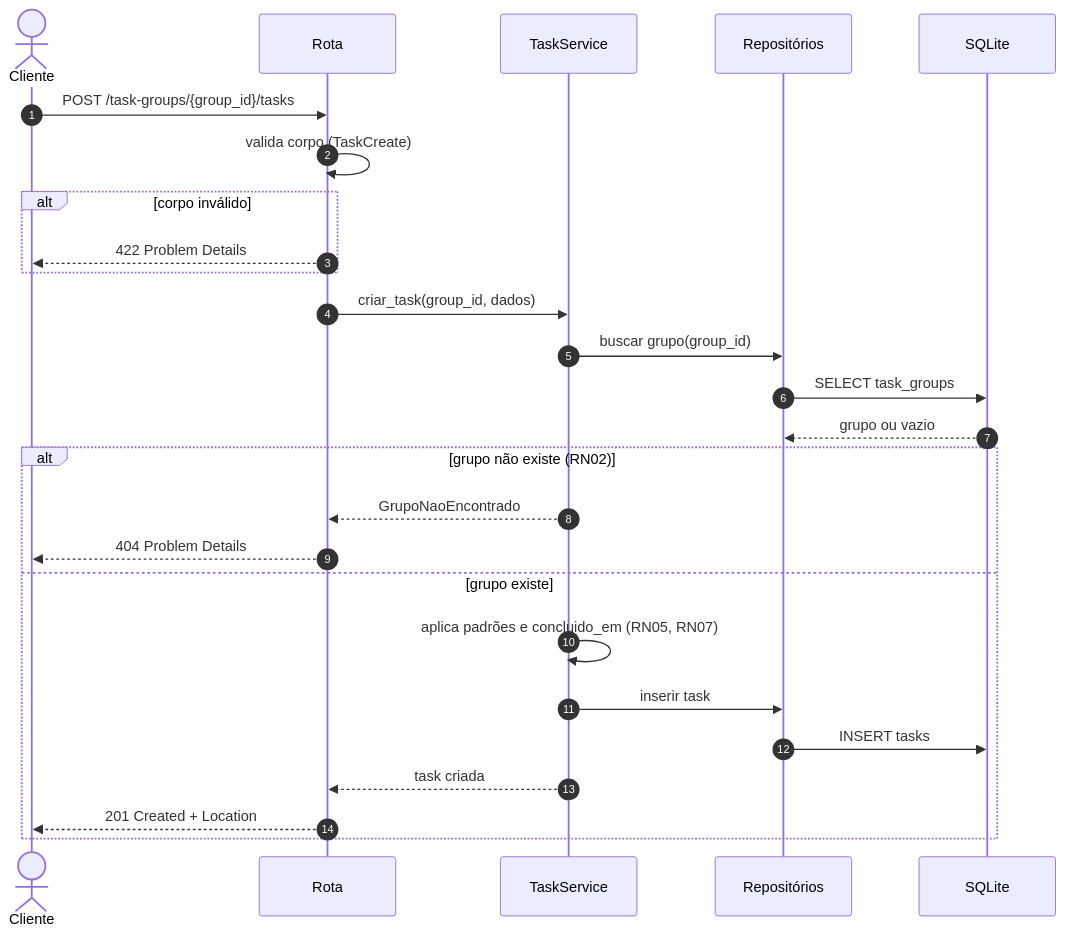
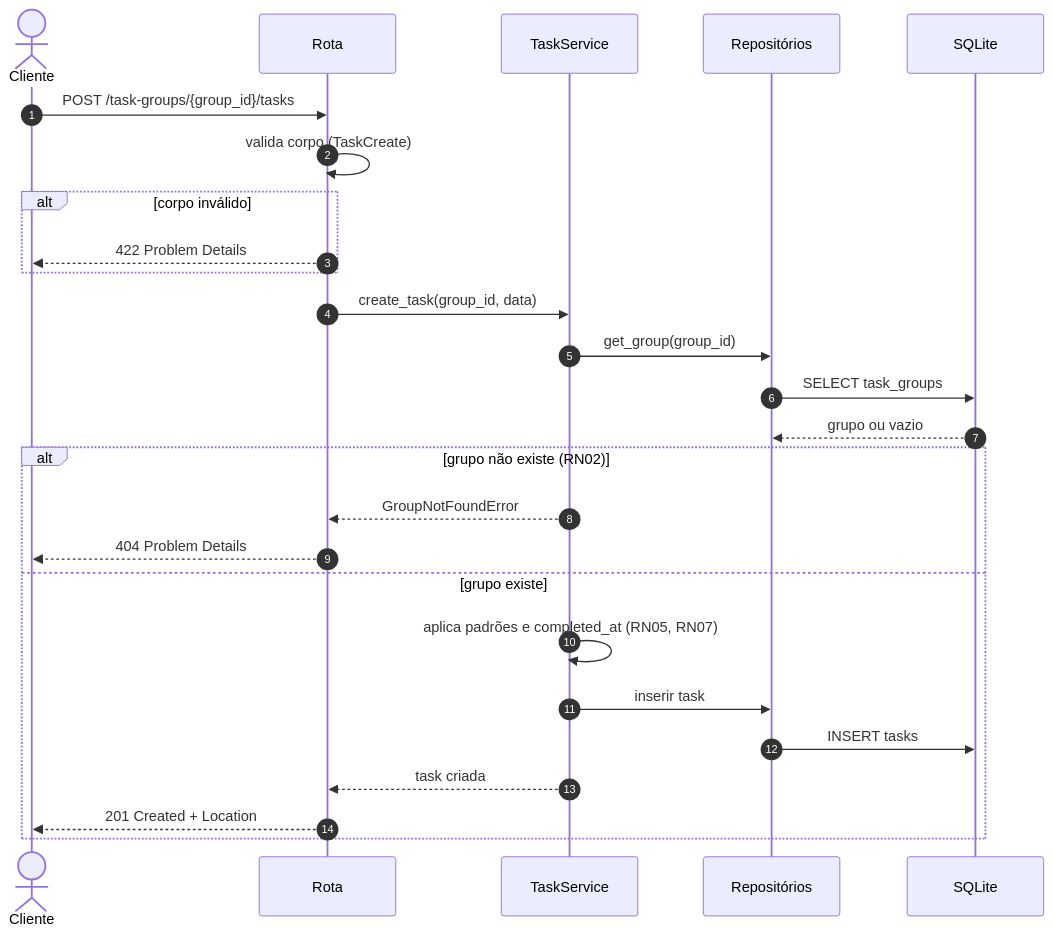
Before and after one commit to leandrobecker-home/TasksAPI: the fourth of 6 diagrams in docs/04-mermaid.md, drawn with Mermaid. The commit also changed other lines of this file and 3 other files, not shown here.

````diff
--- a/docs/04-mermaid.md
+++ b/docs/04-mermaid.md
@@ -111,29 +111,29 @@
 ```mermaid
 sequenceDiagram
     autonumber
     actor C as Cliente
     participant R as Rota
     participant S as TaskService
     participant REP as Repositórios
     participant DB as SQLite
 
     C->>R: POST /task-groups/{group_id}/tasks
     R->>R: valida corpo (TaskCreate)
     alt corpo inválido
         R-->>C: 422 Problem Details
     end
-    R->>S: criar_task(group_id, dados)
-    S->>REP: buscar grupo(group_id)
+    R->>S: create_task(group_id, data)
+    S->>REP: get_group(group_id)
     REP->>DB: SELECT task_groups
     DB-->>REP: grupo ou vazio
     alt grupo não existe (RN02)
-        S-->>R: GrupoNaoEncontrado
+        S-->>R: GroupNotFoundError
         R-->>C: 404 Problem Details
     else grupo existe
-        S->>S: aplica padrões e concluido_em (RN05, RN07)
+        S->>S: aplica padrões e completed_at (RN05, RN07)
         S->>REP: inserir task
         REP->>DB: INSERT tasks
         S-->>R: task criada
         R-->>C: 201 Created + Location
     end
 ```
````
